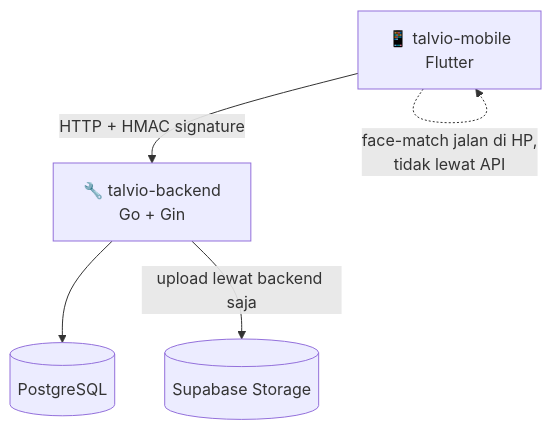
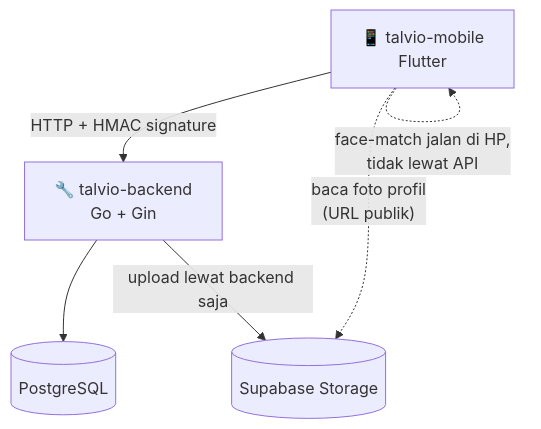
The first of 3 diagrams in README.md (zinedine1210/talvio-mobile), drawn with Mermaid before and after one commit. The commit also changed other lines of this file and 14 other files, not shown here.

````diff
--- a/README.md
+++ b/README.md
@@ -80,7 +94,8 @@
 ```mermaid
 graph TD
     Mobile["📱 talvio-mobile<br/>Flutter"] -- "HTTP + HMAC signature" --> API["🔧 talvio-backend<br/>Go + Gin"]
     API --> DB[("PostgreSQL")]
     API -- "upload lewat backend saja" --> Storage[("Supabase Storage")]
+    Mobile -. "baca foto profil<br/>(URL publik)" .-> Storage
     Mobile -. "face-match jalan di HP,<br/>tidak lewat API" .-> Mobile
 ```
````
